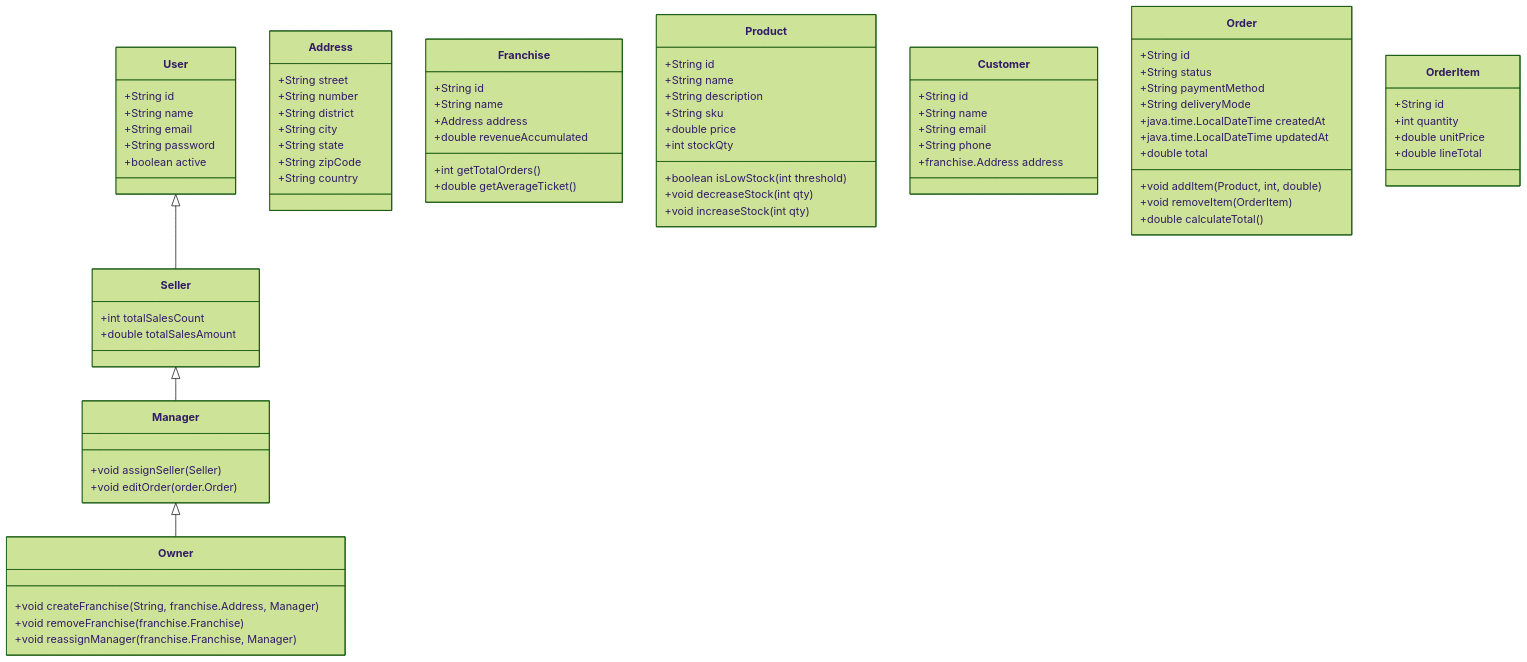
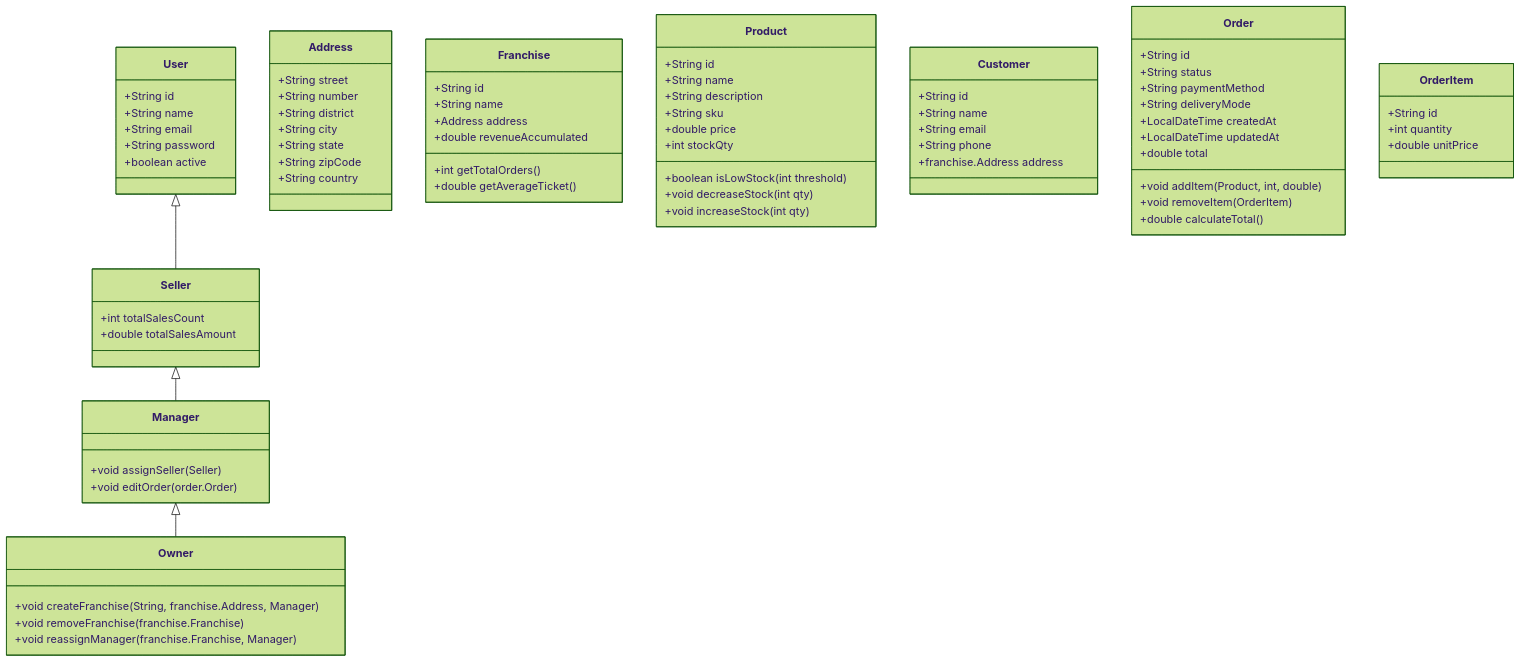
One commit to W8jonas/gerenciador-de-franquias changed the diagram in readme.md. Above: the diagram before and after it, drawn with Mermaid (forest theme).

Commit message:
Ajusta diagrama de classes

```diff
--- a/readme.md
+++ b/readme.md
@@ -152,8 +152,8 @@
   +String status
   +String paymentMethod
   +String deliveryMode
-  +java.time.LocalDateTime createdAt
-  +java.time.LocalDateTime updatedAt
+  +LocalDateTime createdAt
+  +LocalDateTime updatedAt
   +double total
   +void addItem(Product, int, double)
   +void removeItem(OrderItem)
@@ -164,7 +164,6 @@
   +String id
   +int quantity
   +double unitPrice
-  +double lineTotal
 }
 
 User <|-- Seller
```
